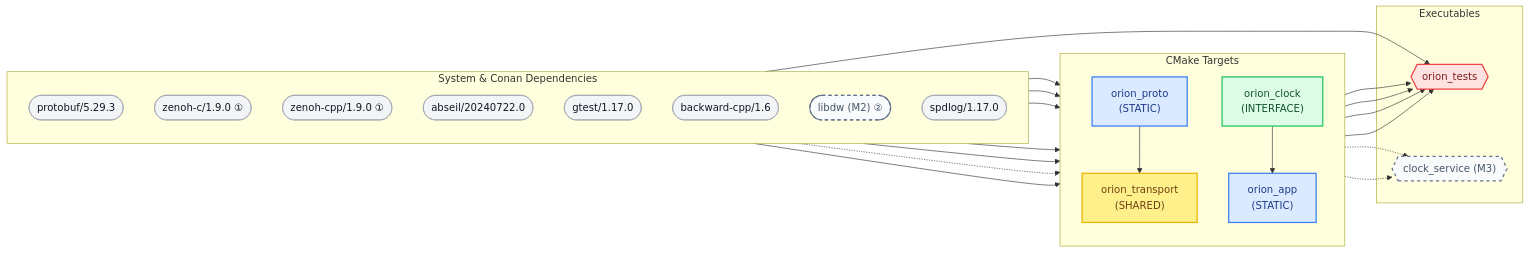
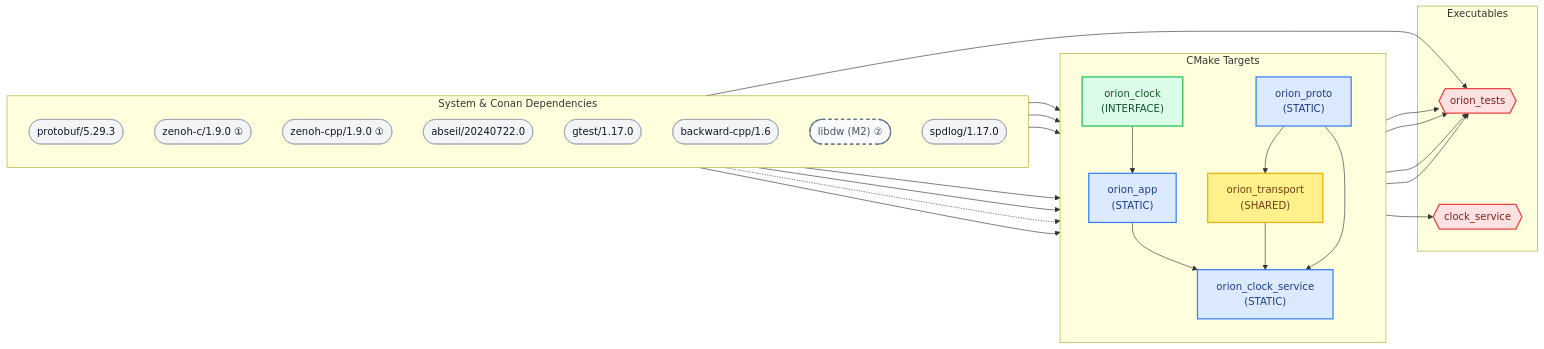
The diagram in docs/architecture.md (Unmanned-Constellation/orion), drawn with Mermaid before and after one commit. The commit also changed other lines of this file and 16 other files, not shown here.

First line of the commit message:
feat(clock): implement CoordinatedClock and ClockService for M3 (#58)

````diff
--- a/docs/architecture.md
+++ b/docs/architecture.md
@@ -9,60 +9,63 @@
 ```{mermaid}
 flowchart LR
     %% Semantic Style Definitions
     classDef external   fill:#f3f4f6,stroke:#9ca3af,stroke-width:1px,color:#111827
     classDef interface  fill:#dcfce7,stroke:#22c55e,stroke-width:2px,color:#14532d
     classDef staticLib  fill:#dbeafe,stroke:#3b82f6,stroke-width:2px,color:#1e3a8a
     classDef sharedLib  fill:#fef08a,stroke:#eab308,stroke-width:2px,color:#713f12
     classDef executable fill:#fee2e2,stroke:#ef4444,stroke-width:2px,color:#7f1d1d
     classDef planned    fill:#f8fafc,stroke:#64748b,stroke-width:2px,stroke-dasharray: 5 5,color:#475569
 
     subgraph External ["System & Conan Dependencies"]
         direction TB
         protobuf(["protobuf/5.29.3"]):::external
         zenohc(["zenoh-c/1.9.0 ①"]):::external
         zenohcpp(["zenoh-cpp/1.9.0 ①"]):::external
         abseil(["abseil/20240722.0"]):::external
         gtest(["gtest/1.17.0"]):::external
         backwardcpp(["backward-cpp/1.6"]):::external
 
         libdw(["libdw (M2) ②"]):::planned
         spdlog(["spdlog/1.17.0"]):::external
     end
 
     subgraph Modules ["CMake Targets"]
         direction TB
         orion_clock["orion_clock<br/>(INTERFACE)"]:::interface
         orion_proto["orion_proto<br/>(STATIC)"]:::staticLib
         orion_app["orion_app<br/>(STATIC)"]:::staticLib
         orion_transport["orion_transport<br/>(SHARED)"]:::sharedLib
+        orion_clock_service["orion_clock_service<br/>(STATIC)"]:::staticLib
     end
 
     subgraph Executables ["Executables"]
         orion_tests{{"orion_tests"}}:::executable
-        clock_service{{"clock_service (M3)"}}:::planned
+        clock_service{{"clock_service"}}:::executable
     end
 
     %% External to Module Edges
     protobuf    --> orion_proto
     abseil      --> orion_proto
     zenohc      --> orion_transport
     zenohcpp    --> orion_transport
 
     backwardcpp --> orion_app
     libdw       -.-> orion_app
     spdlog      --> orion_app
 
     %% Internal Module Edges
     orion_proto --> orion_transport
     orion_clock --> orion_app
 
     %% Executable Edges
     orion_clock     --> orion_tests
     orion_app       --> orion_tests
     orion_transport --> orion_tests
     orion_proto     --> orion_tests
     gtest           --> orion_tests
 
-    orion_transport -.-> clock_service
-    orion_proto     -.-> clock_service
+    orion_app            --> orion_clock_service
+    orion_transport      --> orion_clock_service
+    orion_proto          --> orion_clock_service
+    orion_clock_service  --> clock_service
 ```
````
